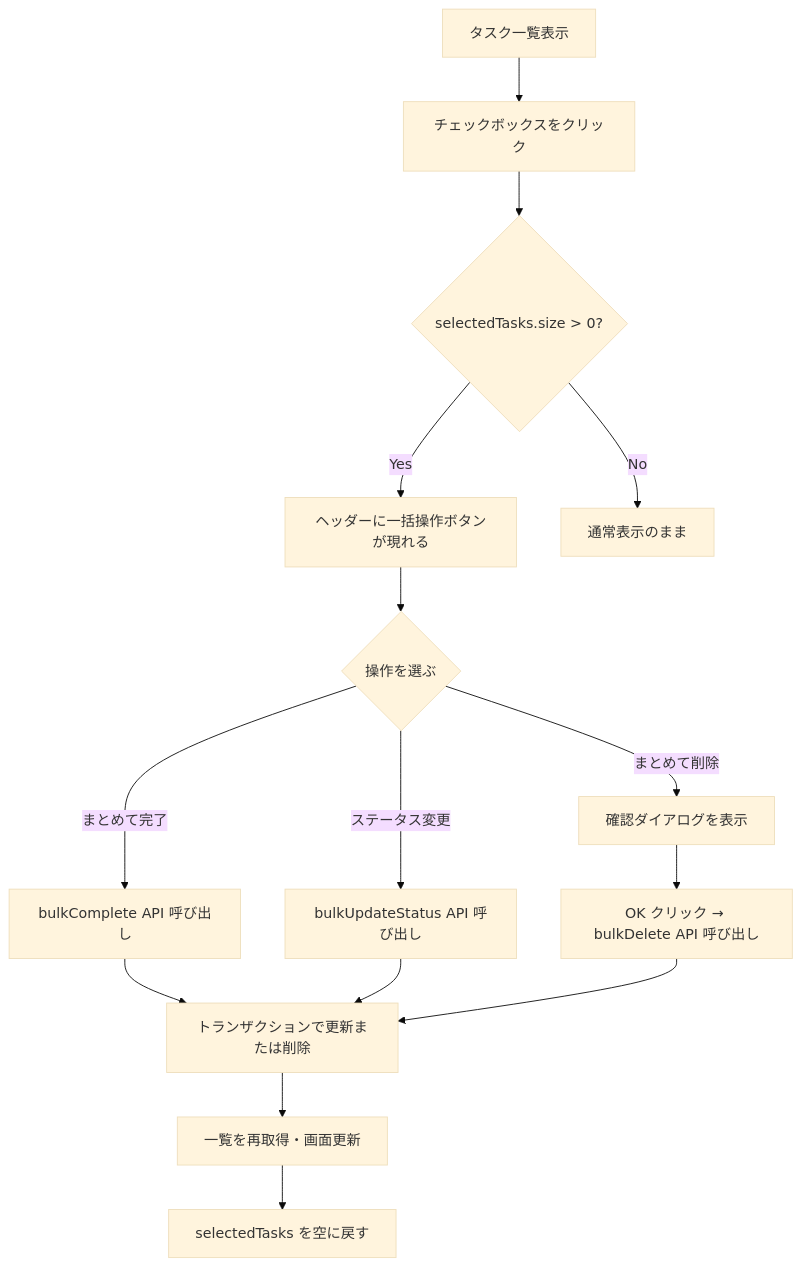
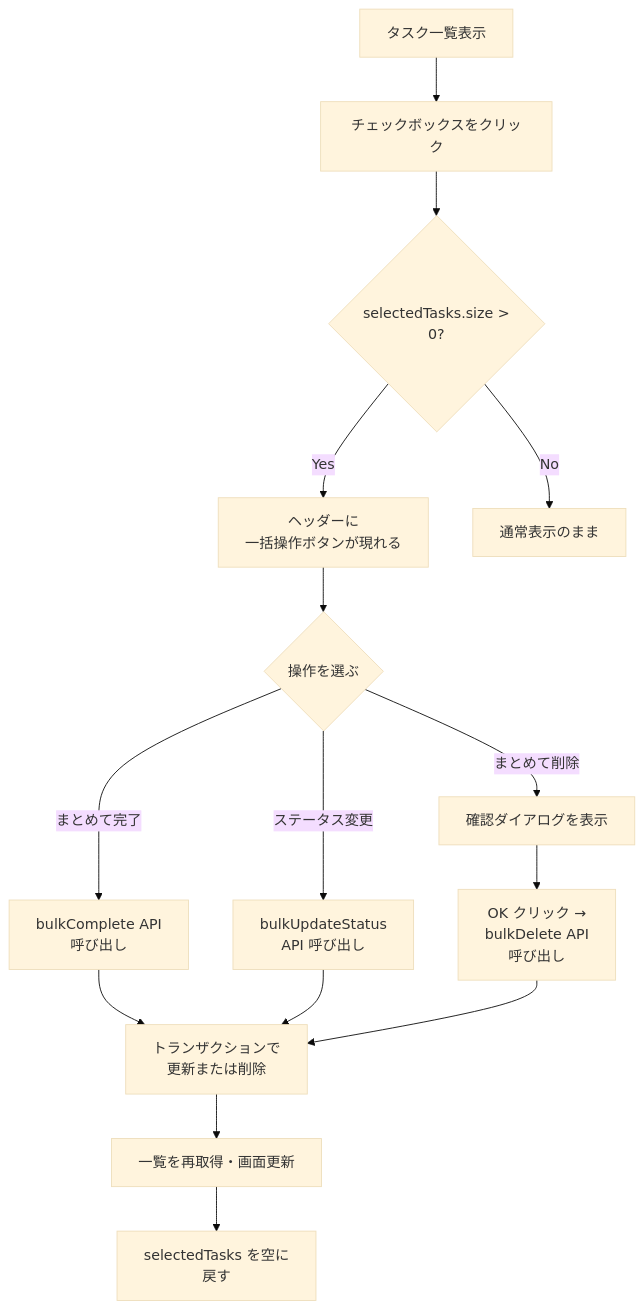
One commit to kouiso/task-app changed the first of 2 diagrams in material/30days-curriculum/day28_タスク一括操作を実装しよう.md. Above: the diagram before and after it, drawn with Mermaid (base theme). The commit also changed other lines of this file and 24 other files, not shown here.

First line of the commit message:
fix(material): Mermaid 図のファイル名キャプションとノード途中折れを直す (#457) (#718)

````diff
--- a/material/30days-curriculum/day28_タスク一括操作を実装しよう.md
+++ b/material/30days-curriculum/day28_タスク一括操作を実装しよう.md
@@ -54,17 +54,17 @@
 ```mermaid
 flowchart TD
     A[タスク一覧表示] --> B[チェックボックスをクリック]
-    B --> C{selectedTasks.size > 0?}
-    C -->|Yes| D[ヘッダーに一括操作ボタンが現れる]
+    B --> C{selectedTasks.size ><br/>0?}
+    C -->|Yes| D[ヘッダーに<br/>一括操作ボタンが現れる]
     C -->|No| E[通常表示のまま]
     D --> F{操作を選ぶ}
-    F -->|まとめて完了| G[bulkComplete API 呼び出し]
-    F -->|ステータス変更| H[bulkUpdateStatus API 呼び出し]
+    F -->|まとめて完了| G[bulkComplete API<br/>呼び出し]
+    F -->|ステータス変更| H[bulkUpdateStatus<br/>API 呼び出し]
     F -->|まとめて削除| I[確認ダイアログを表示]
-    I --> J[OK クリック → bulkDelete API 呼び出し]
-    G --> K[トランザクションで更新または削除]
+    I --> J[OK クリック →<br/>bulkDelete API<br/>呼び出し]
+    G --> K[トランザクションで<br/>更新または削除]
     H --> K
     J --> K
     K --> L[一覧を再取得・画面更新]
-    L --> M[selectedTasks を空に戻す]
+    L --> M[selectedTasks を空に<br/>戻す]
 ```
````
